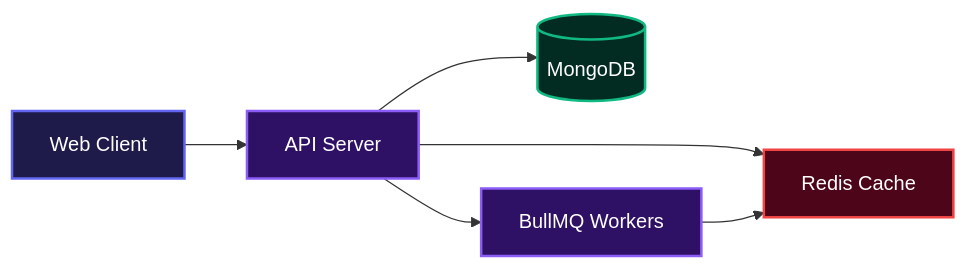
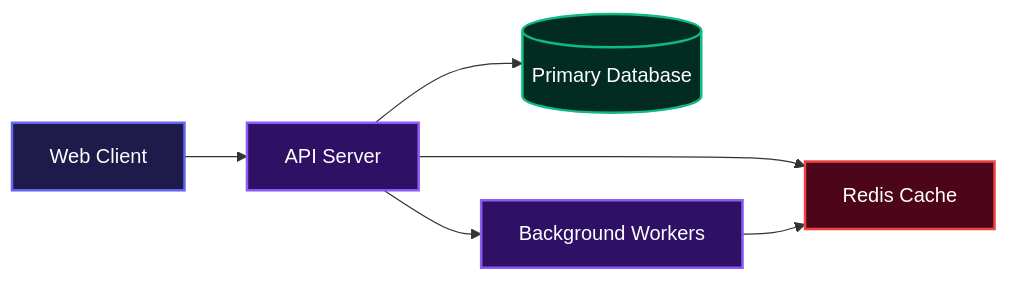
The first of 3 diagrams in apps/server/README.md (onosejoor/operatio), drawn with Mermaid before and after one commit. The commit also changed other lines of this file and 2 other files, not shown here.

````diff
--- a/apps/server/README.md
+++ b/apps/server/README.md
@@ -9,20 +9,20 @@
 ```mermaid
 flowchart LR
   Client["Web Client"]
   Server["API Server"]
-  Database[("MongoDB")]
+  Database[("Primary Database")]
   Cache["Redis Cache"]
-  Workers["BullMQ Workers"]
+  Workers["Background Workers"]
 
   Client --> Server
   Server --> Database
   Server --> Cache
   Server --> Workers
   Workers --> Cache
 
   style Client fill:#1e1b4b,stroke:#6366f1,stroke-width:2px,color:#fff
   style Server fill:#2e1065,stroke:#8b5cf6,stroke-width:2px,color:#fff
   style Database fill:#022c22,stroke:#10b981,stroke-width:2px,color:#fff
   style Cache fill:#4c0519,stroke:#ef4444,stroke-width:2px,color:#fff
   style Workers fill:#2e1065,stroke:#8b5cf6,stroke-width:2px,color:#fff
 ```
````
